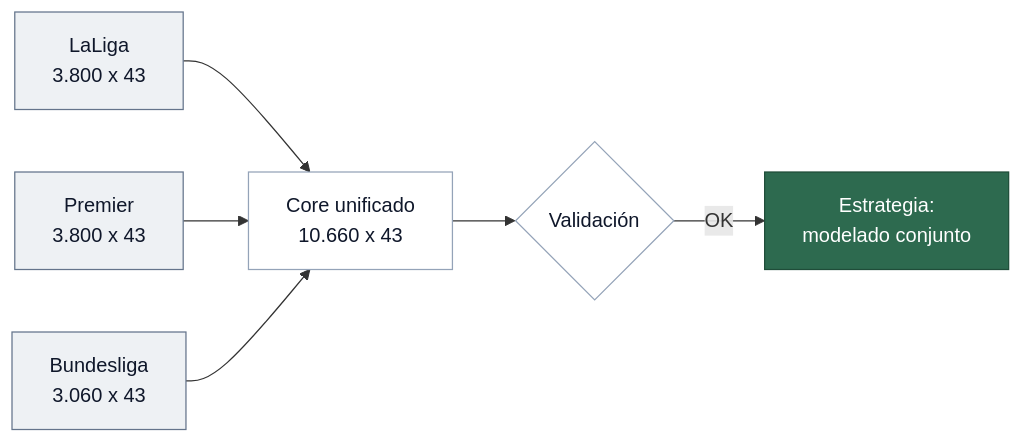
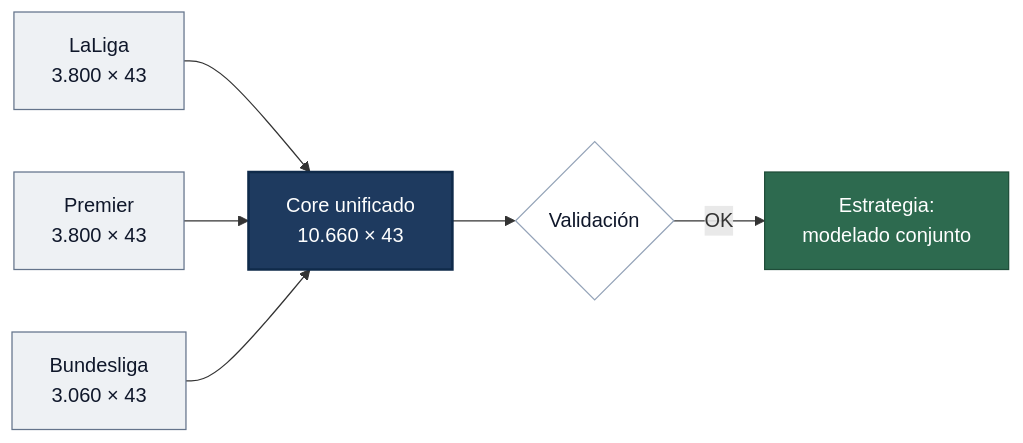
Before and after one commit to jorgepais02/PitchLens: the diagram in docs/02_eda_multi_league.md, drawn with Mermaid. The commit also changed other lines of this file and 18 other files, not shown here.

````diff
--- a/docs/02_eda_multi_league.md
+++ b/docs/02_eda_multi_league.md
@@ -12,16 +16,18 @@
 ```mermaid
 graph LR
     classDef src fill:#eef1f4,stroke:#64748b,color:#0f172a,stroke-width:1px
     classDef step fill:#ffffff,stroke:#94a3b8,color:#0f172a,stroke-width:1px
     classDef out fill:#2d6a4f,stroke:#1f4d39,color:#ffffff,stroke-width:1px
+    classDef active fill:#1e3a5f,stroke:#0f2a4a,color:#ffffff,stroke-width:2px
 
-    L[LaLiga<br/>3.800 x 43] --> U[Core unificado<br/>10.660 x 43]
-    P[Premier<br/>3.800 x 43] --> U
-    B[Bundesliga<br/>3.060 x 43] --> U
+    L[LaLiga<br/>3.800 × 43] --> U[Core unificado<br/>10.660 × 43]
+    P[Premier<br/>3.800 × 43] --> U
+    B[Bundesliga<br/>3.060 × 43] --> U
     U --> V{Validación}
     V -->|OK| D[Estrategia:<br/>modelado conjunto]
 
     class L,P,B src
-    class U,V step
+    class U active
+    class V step
     class D out
 ```
````
